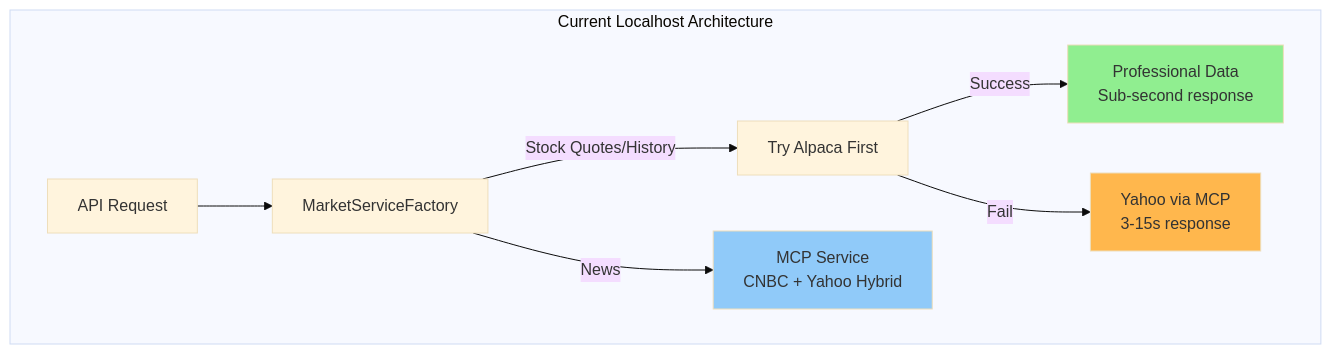
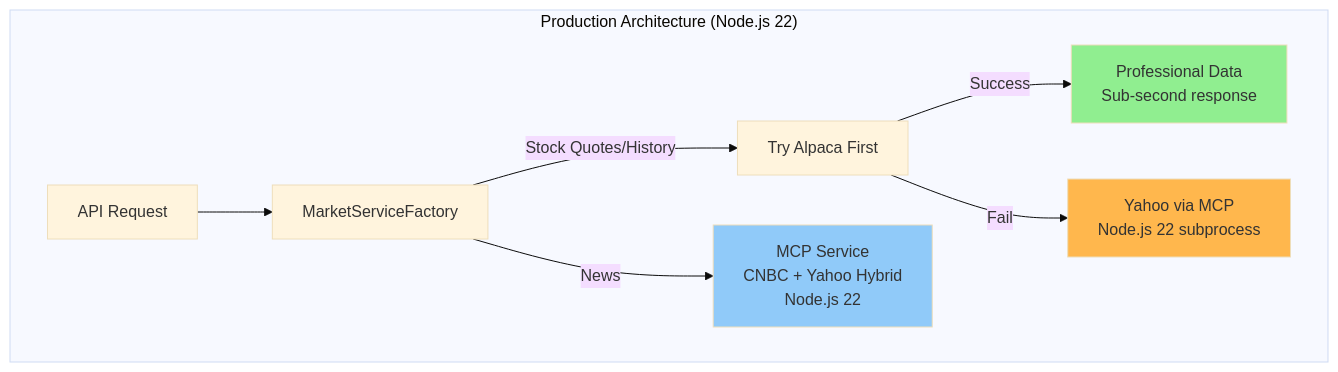
Before and after one commit to ChipsMetaverse/gvses-market-insights: diagram 17 of 29 in mermaid.md, drawn with Mermaid (base theme). The commit also changed other lines of this file and 1 other file, not shown here.

First line of the commit message:
Document production architecture updates and Node.js 22 fix

````diff
--- a/mermaid.md
+++ b/mermaid.md
@@ -683,16 +683,16 @@
 ```mermaid
 graph TB
-    subgraph "Current Localhost Architecture"
+    subgraph "Production Architecture (Node.js 22)"
         Request[API Request] --> Factory[MarketServiceFactory]
         
         Factory -->|Stock Quotes/History| AlpacaTry[Try Alpaca First]
         AlpacaTry -->|Success| AlpacaData[Professional Data<br/>Sub-second response]
-        AlpacaTry -->|Fail| MCPFallback[Yahoo via MCP<br/>3-15s response]
+        AlpacaTry -->|Fail| MCPFallback[Yahoo via MCP<br/>Node.js 22 subprocess]
         
-        Factory -->|News| MCPNews[MCP Service<br/>CNBC + Yahoo Hybrid]
+        Factory -->|News| MCPNews[MCP Service<br/>CNBC + Yahoo Hybrid<br/>Node.js 22]
         
         style AlpacaData fill:#90EE90
         style MCPFallback fill:#FFB74D
         style MCPNews fill:#90CAF9
     end
 ```
````
